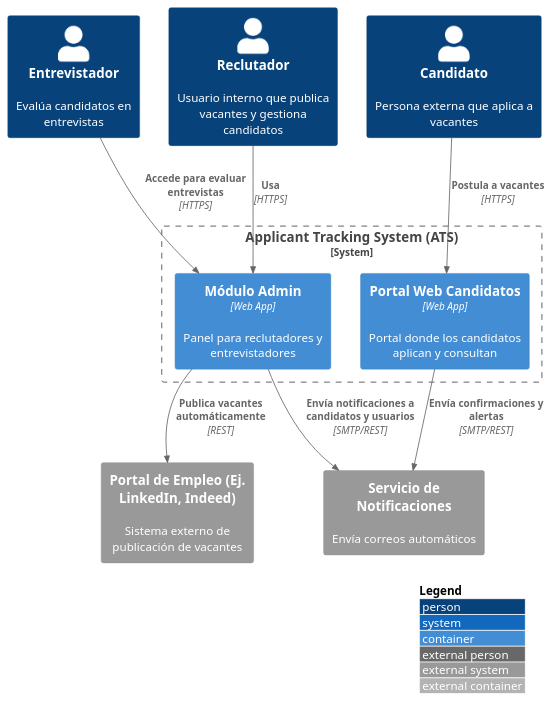
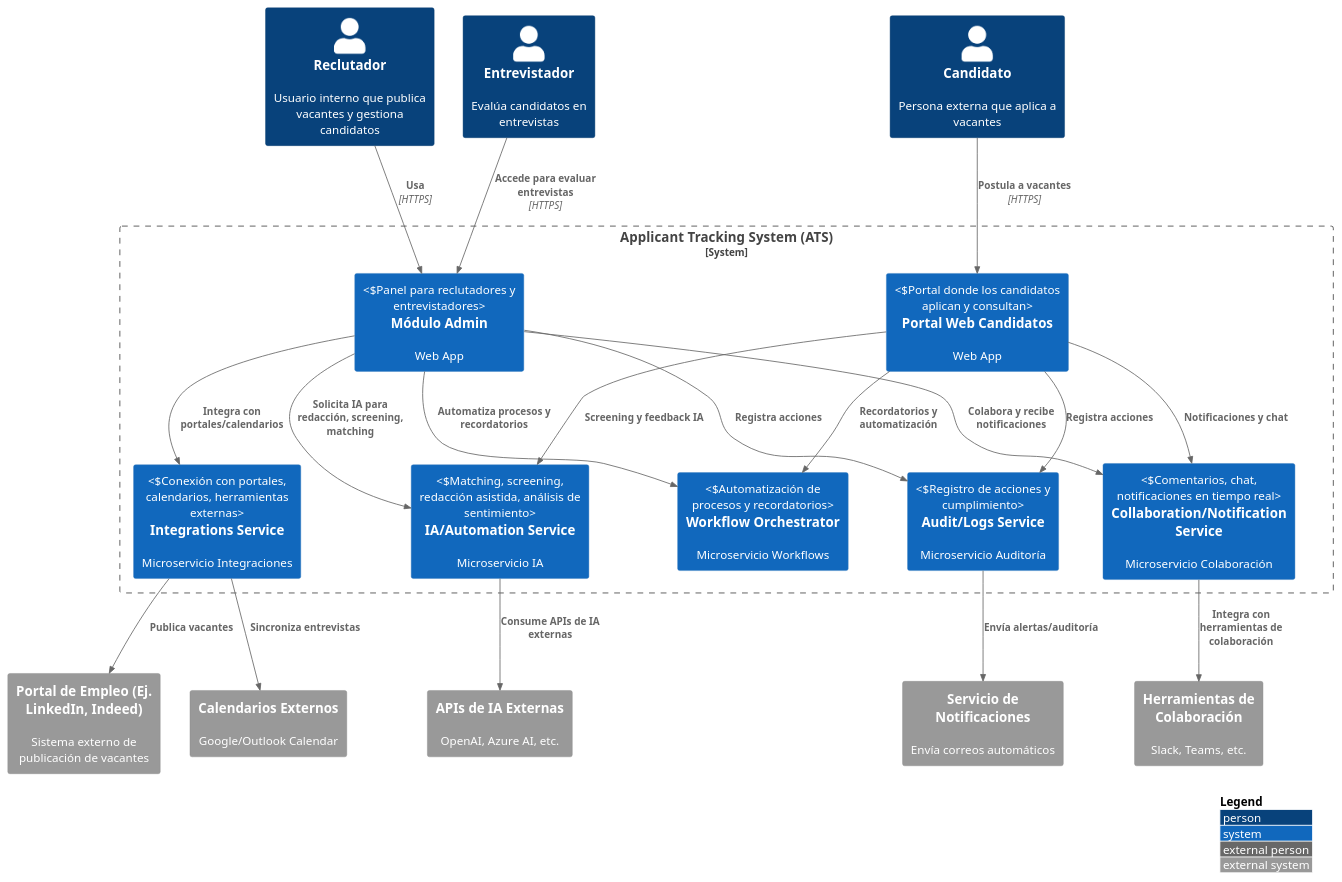
Before and after one commit to LIDR-academy/AI4Devs-design-1-RO-1: the sixth of 9 diagrams in LTI-JFG.md, drawn with PlantUML. The commit also changed other lines of this file, not shown here.

```diff
--- a/LTI-JFG.md
+++ b/LTI-JFG.md
@@ -317,28 +405,48 @@
-@startuml "ATS_Context"
-!include https://raw.githubusercontent.com/plantuml-stdlib/C4-PlantUML/master/C4_Container.puml
+@startuml "ATS_Context_Actualizado"
+!include https://raw.githubusercontent.com/plantuml-stdlib/C4-PlantUML/master/C4_Context.puml
 
 LAYOUT_TOP_DOWN()
 LAYOUT_WITH_LEGEND()
 
 ' Actores externos
 Person(recruiter, "Reclutador", "Usuario interno que publica vacantes y gestiona candidatos")
 Person(interviewer, "Entrevistador", "Evalúa candidatos en entrevistas")
 Person(candidate, "Candidato", "Persona externa que aplica a vacantes")
 
-System_Boundary(c1, "Applicant Tracking System (ATS)") {
-    Container(web_app_admin, "Módulo Admin", "Web App", "Panel para reclutadores y entrevistadores")
-    Container(web_app_candidate, "Portal Web Candidatos", "Web App", "Portal donde los candidatos aplican y consultan")
+System_Boundary(ats, "Applicant Tracking System (ATS)") {
+    System(web_app_admin, "Módulo Admin", "Web App", "Panel para reclutadores y entrevistadores")
+    System(web_app_candidate, "Portal Web Candidatos", "Web App", "Portal donde los candidatos aplican y consultan")
+    System(ia_service, "IA/Automation Service", "Microservicio IA", "Matching, screening, redacción asistida, análisis de sentimiento")
+    System(collab_service, "Collaboration/Notification Service", "Microservicio Colaboración", "Comentarios, chat, notificaciones en tiempo real")
+    System(workflow_service, "Workflow Orchestrator", "Microservicio Workflows", "Automatización de procesos y recordatorios")
+    System(integration_service, "Integrations Service", "Microservicio Integraciones", "Conexión con portales, calendarios, herramientas externas")
+    System(audit_service, "Audit/Logs Service", "Microservicio Auditoría", "Registro de acciones y cumplimiento")
 }
 
 System_Ext(email_service, "Servicio de Notificaciones", "Envía correos automáticos")
 System_Ext(job_board, "Portal de Empleo (Ej. LinkedIn, Indeed)", "Sistema externo de publicación de vacantes")
+System_Ext(calendar, "Calendarios Externos", "Google/Outlook Calendar")
+System_Ext(ai_api, "APIs de IA Externas", "OpenAI, Azure AI, etc.")
+System_Ext(collab_tool, "Herramientas de Colaboración", "Slack, Teams, etc.")
 
 Rel(recruiter, web_app_admin, "Usa", "HTTPS")
 Rel(interviewer, web_app_admin, "Accede para evaluar entrevistas", "HTTPS")
 Rel(candidate, web_app_candidate, "Postula a vacantes", "HTTPS")
 
-Rel(web_app_admin, email_service, "Envía notificaciones a candidatos y usuarios", "SMTP/REST")
-Rel(web_app_candidate, email_service, "Envía confirmaciones y alertas", "SMTP/REST")
-Rel(web_app_admin, job_board, "Publica vacantes automáticamente", "REST")
+Rel(web_app_admin, ia_service, "Solicita IA para redacción, screening, matching")
+Rel(web_app_admin, collab_service, "Colabora y recibe notificaciones")
+Rel(web_app_admin, workflow_service, "Automatiza procesos y recordatorios")
+Rel(web_app_admin, integration_service, "Integra con portales/calendarios")
+Rel(web_app_admin, audit_service, "Registra acciones")
+Rel(web_app_candidate, ia_service, "Screening y feedback IA")
+Rel(web_app_candidate, collab_service, "Notificaciones y chat")
+Rel(web_app_candidate, workflow_service, "Recordatorios y automatización")
+Rel(web_app_candidate, audit_service, "Registra acciones")
+
+Rel(ia_service, ai_api, "Consume APIs de IA externas")
+Rel(collab_service, collab_tool, "Integra con herramientas de colaboración")
+Rel(integration_service, job_board, "Publica vacantes")
+Rel(integration_service, calendar, "Sincroniza entrevistas")
+Rel(audit_service, email_service, "Envía alertas/auditoría")
 
 @enduml
```
